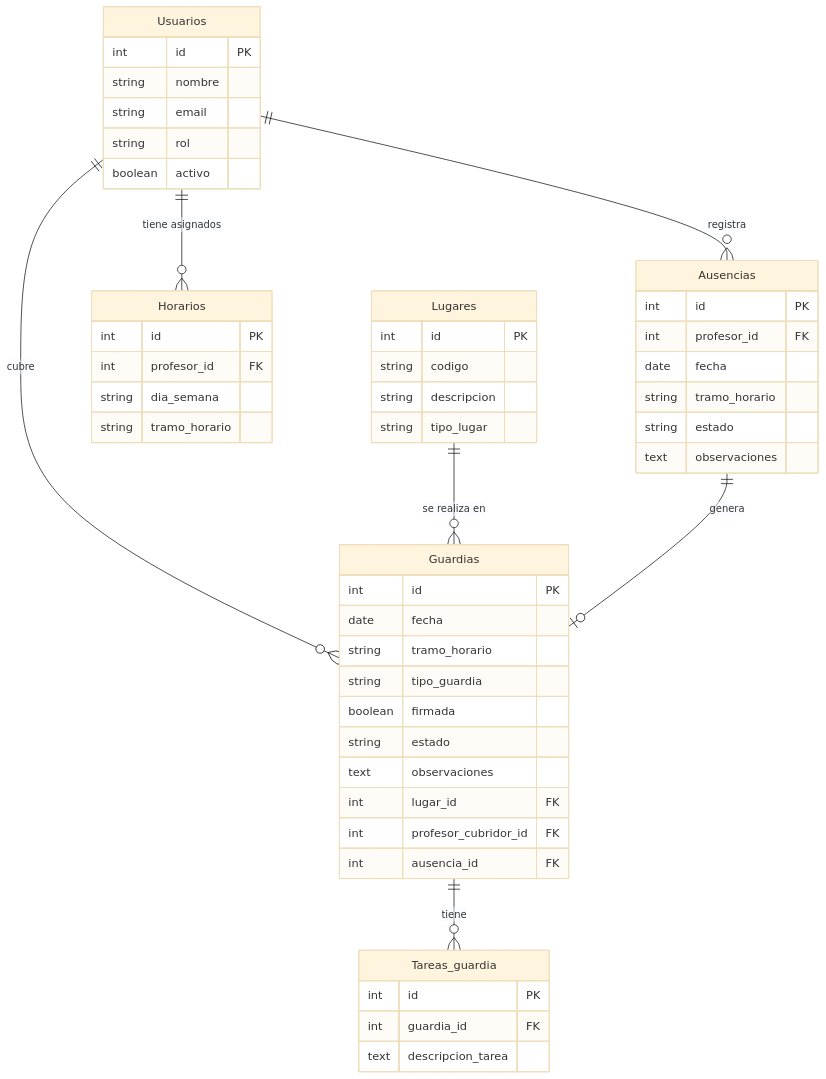
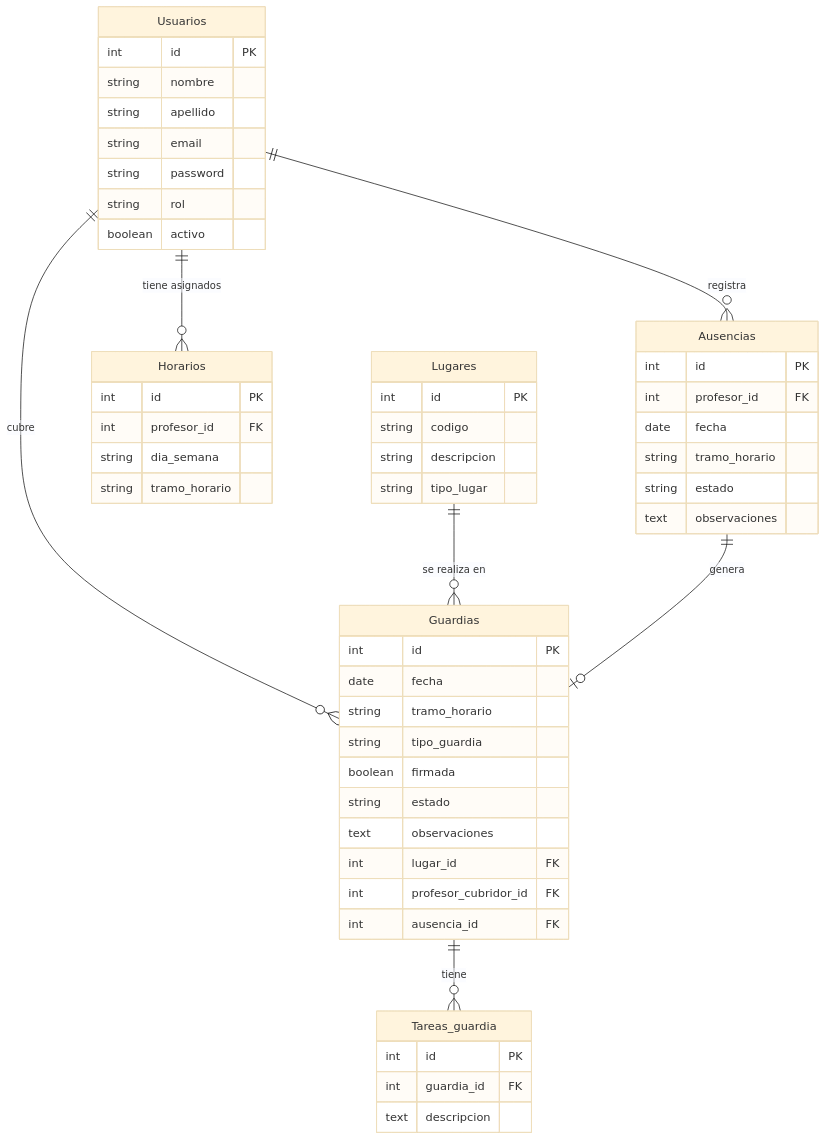
Before and after one commit to RGiskard7/gestion-guardias: the diagram in doc/DIAGRAMA-ER.md, drawn with Mermaid (base theme). The commit also changed other lines of this file and 7 other files, not shown here.

````diff
--- a/doc/DIAGRAMA-ER.md
+++ b/doc/DIAGRAMA-ER.md
@@ -7,59 +7,61 @@
 ```mermaid
 erDiagram
     Usuarios {
         int id PK
         string nombre
+        string apellido
         string email
+        string password
         string rol
         boolean activo
     }
     
     Lugares {
         int id PK
         string codigo
         string descripcion
         string tipo_lugar
     }
     
     Horarios {
         int id PK
         int profesor_id FK
         string dia_semana
         string tramo_horario
     }
     
     Ausencias {
         int id PK
         int profesor_id FK
         date fecha
         string tramo_horario
         string estado
         text observaciones
     }
     
     Guardias {
         int id PK
         date fecha
         string tramo_horario
         string tipo_guardia
         boolean firmada
         string estado
         text observaciones
         int lugar_id FK
         int profesor_cubridor_id FK
         int ausencia_id FK
     }
     
     Tareas_guardia {
         int id PK
         int guardia_id FK
-        text descripcion_tarea
+        text descripcion
     }
     
     Usuarios ||--o{ Horarios : "tiene asignados"
     Usuarios ||--o{ Ausencias : "registra"
     Usuarios ||--o{ Guardias : "cubre"
     Lugares ||--o{ Guardias : "se realiza en"
     Ausencias ||--o| Guardias : "genera"
     Guardias ||--o{ Tareas_guardia : "tiene"
 ```
````
